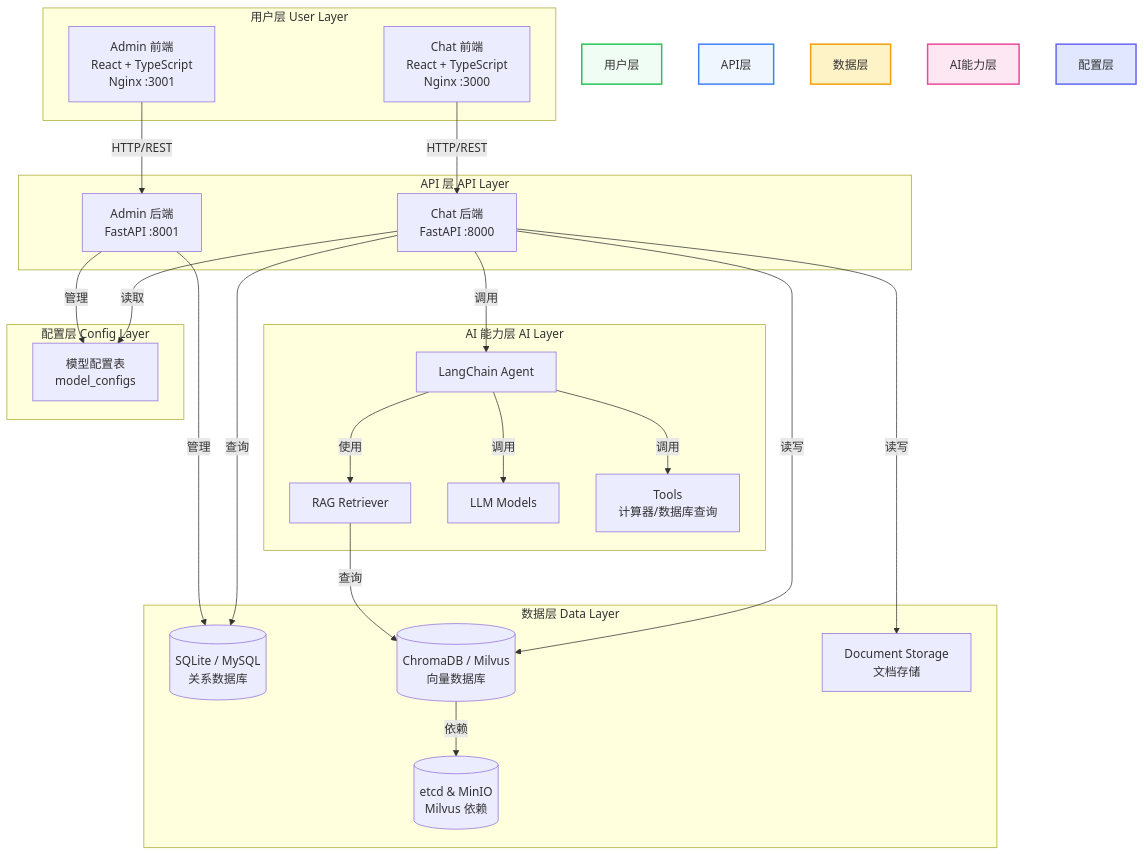
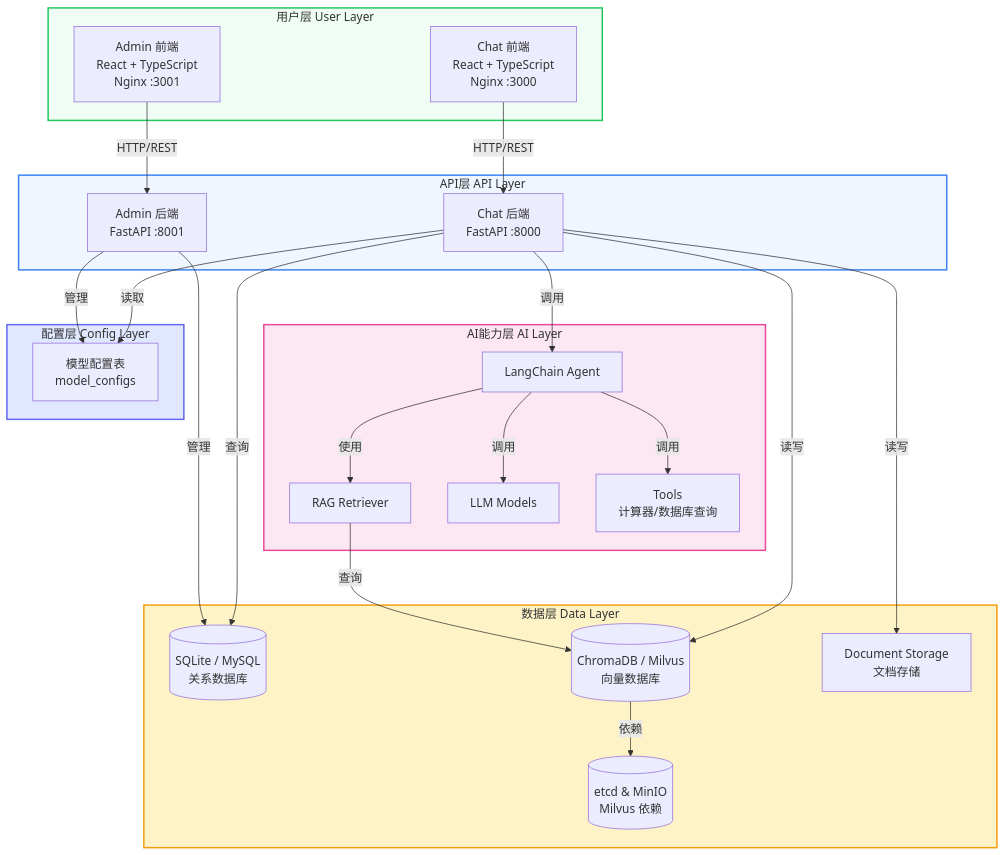
One commit to xmgfy/MGAgent changed the first of 3 diagrams in website/docs/architecture/overview.md. Above: the diagram before and after it, drawn with Mermaid. The commit also changed other lines of this file and 67 other files, not shown here.

````diff
--- a/website/docs/architecture/overview.md
+++ b/website/docs/architecture/overview.md
@@ -24,51 +24,57 @@
 ```mermaid
 flowchart TB
-    subgraph "用户层 User Layer"
-        A[Chat 前端<br/>React + TypeScript<br/>Nginx :3000]
-        B[Admin 前端<br/>React + TypeScript<br/>Nginx :3001]
+    subgraph S1["用户层 User Layer"]
+        A["Chat 前端<br/>React + TypeScript<br/>Nginx :3000"]
+        B["Admin 前端<br/>React + TypeScript<br/>Nginx :3001"]
     end
 
-    subgraph "API 层 API Layer"
-        C[Chat 后端<br/>FastAPI :8000]
-        D[Admin 后端<br/>FastAPI :8001]
+    subgraph S2["API层 API Layer"]
+        C["Chat 后端<br/>FastAPI :8000"]
+        D["Admin 后端<br/>FastAPI :8001"]
     end
 
-    subgraph "数据层 Data Layer"
+    subgraph S3["数据层 Data Layer"]
         E[("SQLite / MySQL<br/>关系数据库")]
         F[("ChromaDB / Milvus<br/>向量数据库")]
-        G[(etcd & MinIO<br/>Milvus 依赖)]
-        H[Document Storage<br/>文档存储]
+        G[("etcd & MinIO<br/>Milvus 依赖")]
+        H["Document Storage<br/>文档存储"]
     end
 
-    subgraph "AI 能力层 AI Layer"
+    subgraph S4["AI能力层 AI Layer"]
         I[LangChain Agent]
         J[RAG Retriever]
         K[LLM Models]
-        L[Tools<br/>计算器/数据库查询]
+        L["Tools<br/>计算器/数据库查询"]
     end
 
-    subgraph "配置层 Config Layer"
-        M[模型配置表<br/>model_configs]
+    subgraph S5["配置层 Config Layer"]
+        M["模型配置表<br/>model_configs"]
     end
 
     A -- "HTTP/REST" --> C
     B -- "HTTP/REST" --> D
     C -- "查询" --> E
     C -- "读写" --> F
     C -- "读写" --> H
     D -- "管理" --> E
     C -- "调用" --> I
     I -- "使用" --> J
     I -- "调用" --> K
     I -- "调用" --> L
     J -- "查询" --> F
     F -- "依赖" --> G
     C -- "读取" --> M
     D -- "管理" --> M
 
-    style 用户层 fill:#f0fdf4,stroke:#22c55e,stroke-width:2px
-    style API层 fill:#eff6ff,stroke:#3b82f6,stroke-width:2px
-    style 数据层 fill:#fef3c7,stroke:#f59e0b,stroke-width:2px
-    style AI能力层 fill:#fce7f3,stroke:#ec4899,stroke-width:2px
-    style 配置层 fill:#e0e7ff,stroke:#6366f1,stroke-width:2px
+    classDef userLayer fill:#f0fdf4,stroke:#22c55e,stroke-width:2px
+    classDef apiLayer fill:#eff6ff,stroke:#3b82f6,stroke-width:2px
+    classDef dataLayer fill:#fef3c7,stroke:#f59e0b,stroke-width:2px
+    classDef aiLayer fill:#fce7f3,stroke:#ec4899,stroke-width:2px
+    classDef configLayer fill:#e0e7ff,stroke:#6366f1,stroke-width:2px
+
+    class S1 userLayer
+    class S2 apiLayer
+    class S3 dataLayer
+    class S4 aiLayer
+    class S5 configLayer
 ```
````
